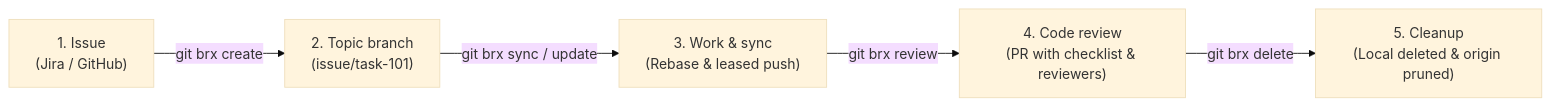
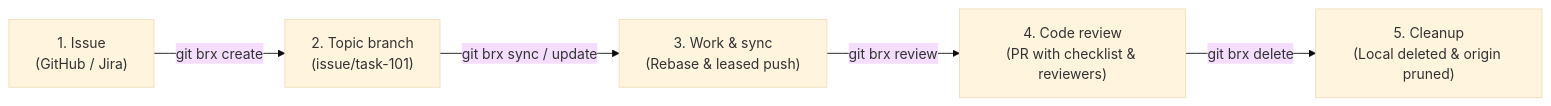
One commit to bvarnai/git-brx changed the diagram in README.md. Above: the diagram before and after it, drawn with Mermaid (base theme). The commit also changed other lines of this file and 6 other files, not shown here.

Commit message:
docs(guides): prioritize GitHub in tracker and SCM listings

````diff
--- a/README.md
+++ b/README.md
@@ -65,7 +65,7 @@
 ```mermaid
 flowchart LR
-    A["1. Issue<br/>(Jira / GitHub)"] -->|"git brx create"| B["2. Topic branch<br/>(issue/task-101)"]
+    A["1. Issue<br/>(GitHub / Jira)"] -->|"git brx create"| B["2. Topic branch<br/>(issue/task-101)"]
     B -->|"git brx sync / update"| C["3. Work & sync<br/>(Rebase & leased push)"]
     C -->|"git brx review"| D["4. Code review<br/>(PR with checklist & reviewers)"]
     D -->|"git brx delete"| E["5. Cleanup<br/>(Local deleted & origin pruned)"]
 ```
````
